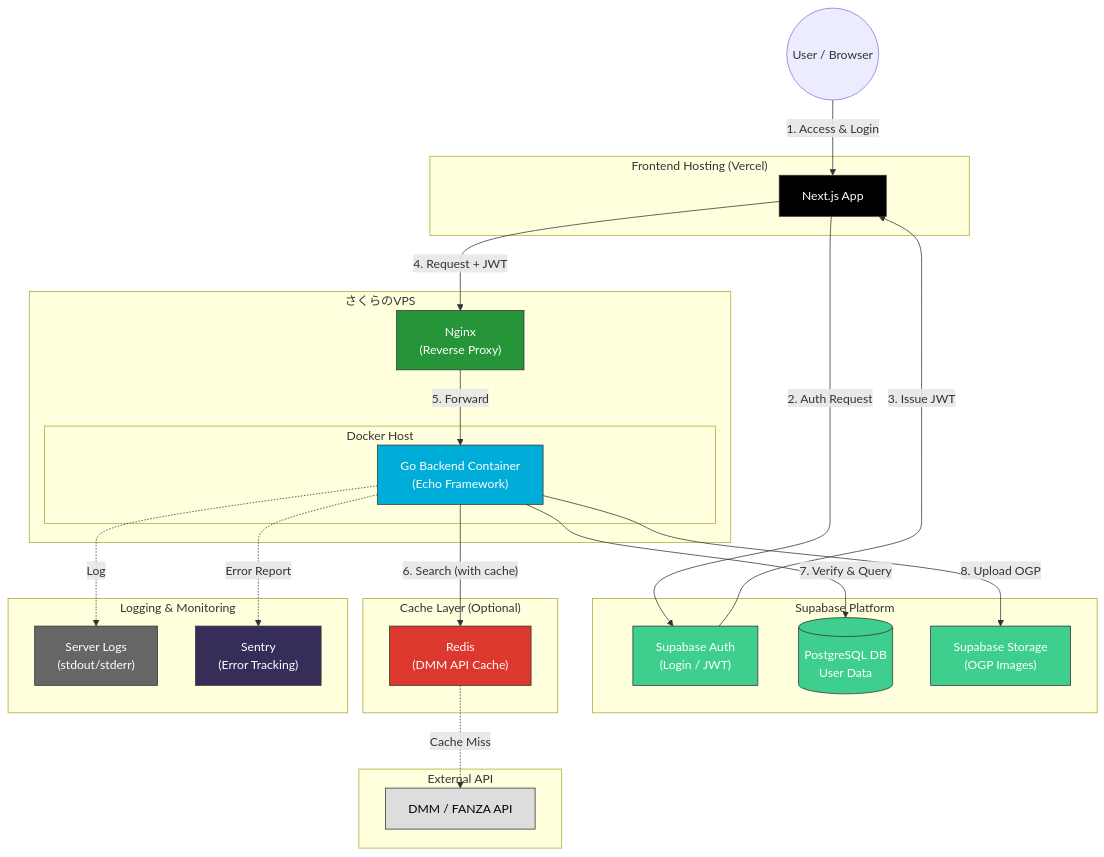
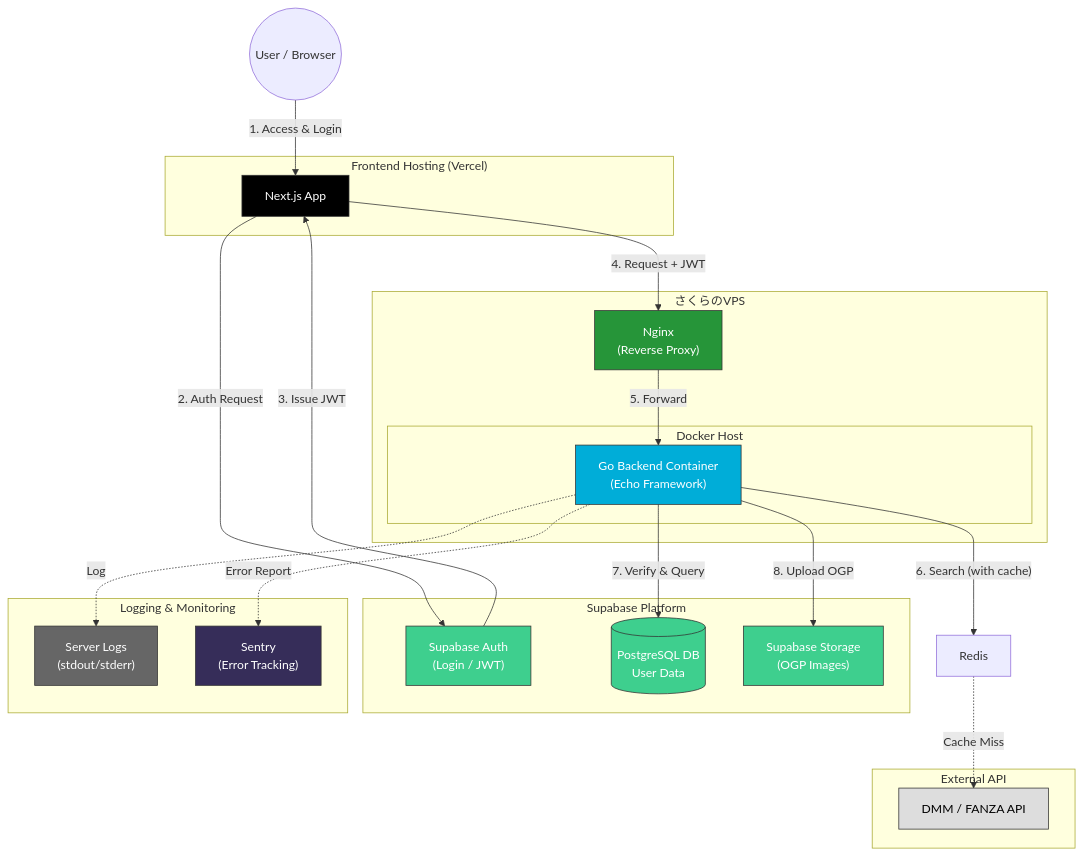
Before and after one commit to akito-0520/MuseLog: the first of 2 diagrams in README.md, drawn with Mermaid. The commit also changed 3 other files, not shown here.

````diff
--- a/README.md
+++ b/README.md
@@ -30,73 +30,68 @@
 ```mermaid
 graph TD
     %% ユーザー層
     User((User / Browser))
 
     %% フロントエンド (Vercel)
     subgraph "Frontend Hosting (Vercel)"
         Next["Next.js App"]
         style Next fill:#000000,stroke:#333,color:white
     end
 
     %% バックエンド (VPS/EC2)
     subgraph "さくらのVPS"
         subgraph "Docker Host"
             GoApp["Go Backend Container<br/>(Echo Framework)"]
             style GoApp fill:#00ADD8,stroke:#333,color:white
         end
 
         Nginx["Nginx<br/>(Reverse Proxy)"]
         style Nginx fill:#269539,stroke:#333,color:white
     end
 
     %% 外部SaaS (Supabase)
     subgraph "Supabase Platform"
         SupaAuth["Supabase Auth<br/>(Login / JWT)"]
         SupaDB[("PostgreSQL DB<br/>User Data")]
         SupaStorage["Supabase Storage<br/>(OGP Images)"]
         style SupaAuth fill:#3ECF8E,stroke:#333,color:white
         style SupaDB fill:#3ECF8E,stroke:#333,color:white
         style SupaStorage fill:#3ECF8E,stroke:#333,color:white
     end
 
     %% 外部データソース
     subgraph "External API"
         DMM["DMM / FANZA API"]
         style DMM fill:#DDD,stroke:#333,color:black
     end
 
-    %% キャッシュ層
-    subgraph "Cache Layer (Optional)"
-        Redis["Redis<br/>(DMM API Cache)"]
-        style Redis fill:#DC382D,stroke:#333,color:white
-    end
 
     %% --- データフロー ---
 
     %% 1. 画面表示
     User -->|"1. Access & Login"| Next
     Next -->|"2. Auth Request"| SupaAuth
     SupaAuth -->|"3. Issue JWT"| Next
 
     %% 2. APIリクエスト
     Next -->|"4. Request + JWT"| Nginx
     Nginx -->|"5. Forward"| GoApp
 
     %% 3. 処理実行
     GoApp -.->|Log| LocalLogs
 
     %% 4. 外部連携
     GoApp -->|"6. Search (with cache)"| Redis
     Redis -.->|Cache Miss| DMM
     GoApp -->|"7. Verify & Query"| SupaDB
     GoApp -->|"8. Upload OGP"| SupaStorage
 
     subgraph "Logging & Monitoring"
         LocalLogs["Server Logs<br/>(stdout/stderr)"]
         Sentry["Sentry<br/>(Error Tracking)"]
         style LocalLogs fill:#666,stroke:#333,color:white
         style Sentry fill:#362D59,stroke:#333,color:white
     end
 
     GoApp -.->|Error Report| Sentry
 ```
````
